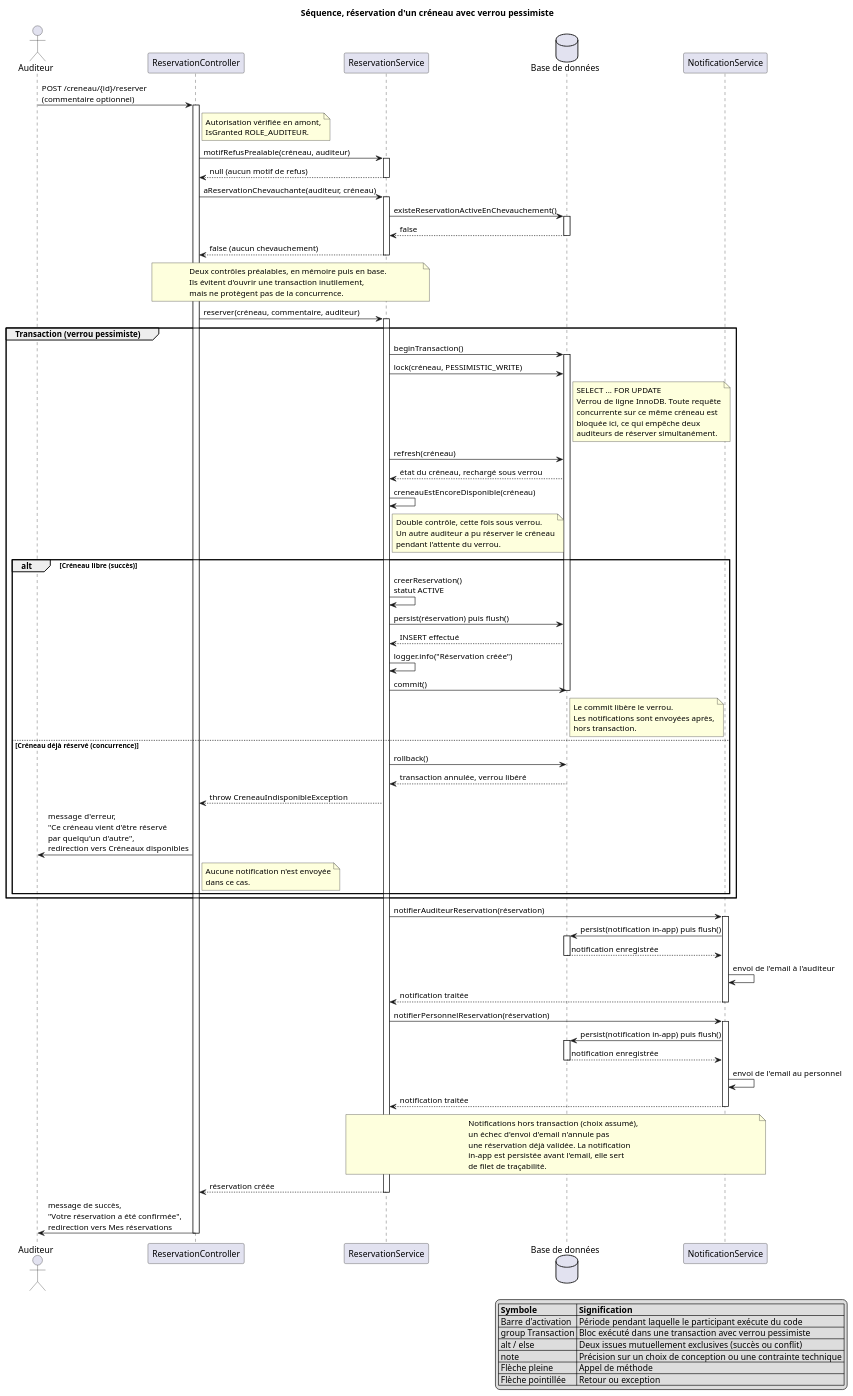
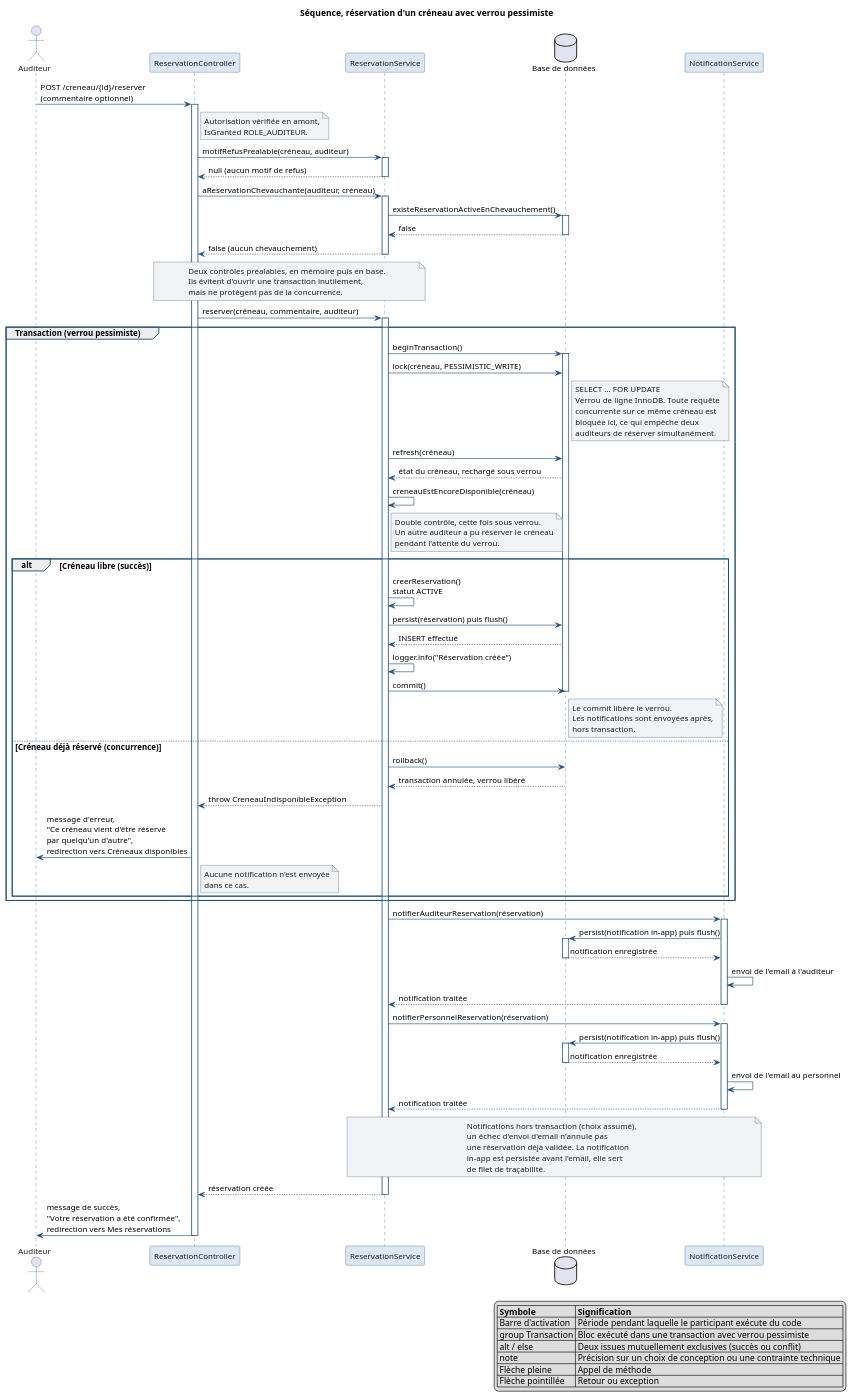
One commit to sgahovey/creaslot changed the diagram in docs/conception/diagrammes/sequence-reservation.puml. Above: the diagram before and after it, drawn with PlantUML. The commit also changed 11 other files, not shown here.

First line of the commit message:
docs(conception): harmoniser les diagrammes existants sur la charte

```diff
--- a/docs/conception/diagrammes/sequence-reservation.puml
+++ b/docs/conception/diagrammes/sequence-reservation.puml
@@ -20,6 +20,36 @@
 
 skinparam shadowing false
 skinparam sequenceMessageAlign left
+skinparam defaultFontName Helvetica
+skinparam defaultFontSize 13
+skinparam usecase {
+  BorderColor #1F4E79
+  BackgroundColor #DCE7F5
+  FontColor #1E1E1E
+}
+skinparam actor {
+  BorderColor #1F4E79
+  FontColor #1E1E1E
+}
+skinparam participant {
+  BorderColor #1F4E79
+  BackgroundColor #DCE7F5
+  FontColor #1E1E1E
+}
+skinparam sequence {
+  ArrowColor #1F4E79
+  LifeLineBorderColor #1F4E79
+  GroupBorderColor #1F4E79
+}
+skinparam package {
+  BorderColor #1F4E79
+  FontColor #1E1E1E
+}
+skinparam note {
+  BorderColor #1F4E79
+  BackgroundColor #F1F3F5
+  FontColor #1E1E1E
+}
 
 title Séquence, réservation d'un créneau avec verrou pessimiste
 
```
